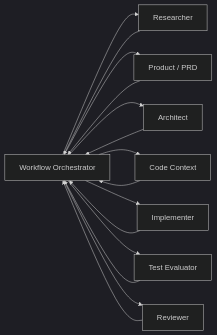
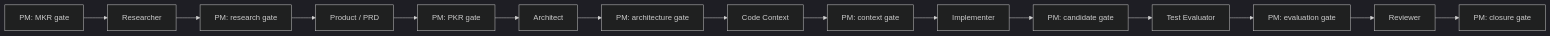
The second of 2 diagrams in README.md (Deepleaper/Code-role), drawn with Mermaid (dark theme) before and after one commit. The commit also changed other lines of this file and 100 other files, not shown here.

````diff
--- a/README.md
+++ b/README.md
@@ -202,18 +202,19 @@
 ```mermaid
 flowchart LR
-    PM["Workflow Orchestrator"]
+    PM0["PM: MKR gate"]
     R["Researcher"]
     P["Product / PRD"]
     A["Architect"]
     C["Code Context"]
     I["Implementer"]
     T["Test Evaluator"]
     V["Reviewer"]
-    PM --> R --> PM
-    PM --> P --> PM
-    PM --> A --> PM
-    PM --> C --> PM
-    PM --> I --> PM
-    PM --> T --> PM
-    PM --> V --> PM
+    PM1["PM: research gate"]
+    PM2["PM: PKR gate"]
+    PM3["PM: architecture gate"]
+    PM4["PM: context gate"]
+    PM5["PM: candidate gate"]
+    PM6["PM: evaluation gate"]
+    PM7["PM: closure gate"]
+    PM0 --> R --> PM1 --> P --> PM2 --> A --> PM3 --> C --> PM4 --> I --> PM5 --> T --> PM6 --> V --> PM7
 ```
````
